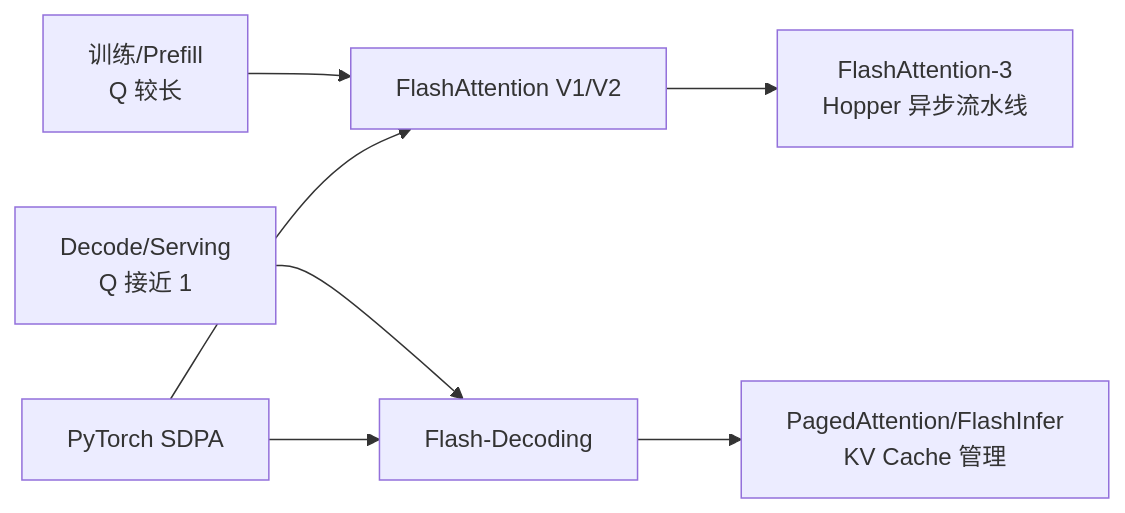
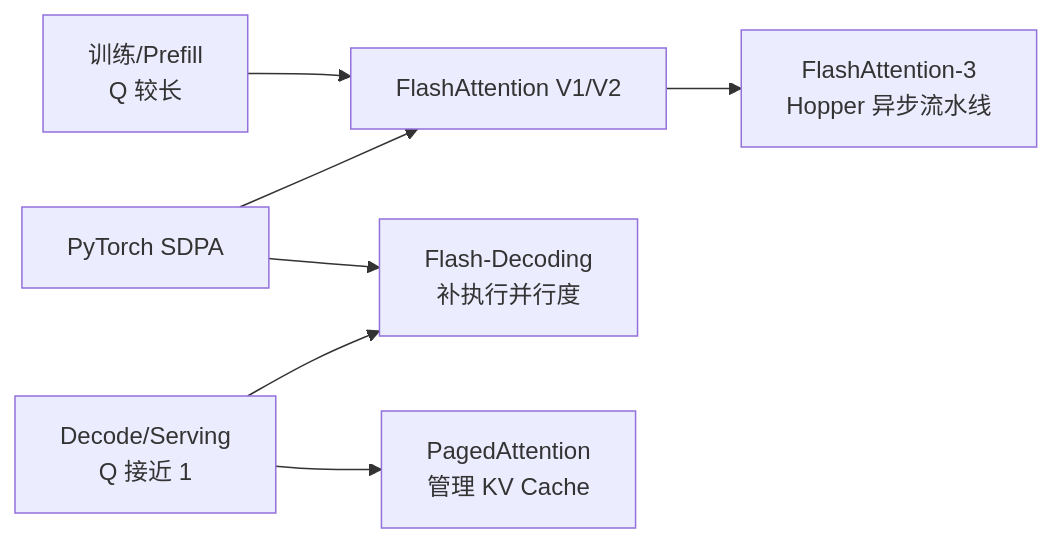
The diagram in docs/guides/模块二-CUDA编程与算子优化/第6章-Attention算子.md (lumole/AIInfraGuide), drawn with Mermaid before and after one commit. The commit also changed other lines of this file and 33 other files, not shown here.

````diff
--- a/docs/guides/模块二-CUDA编程与算子优化/第6章-Attention算子.md
+++ b/docs/guides/模块二-CUDA编程与算子优化/第6章-Attention算子.md
@@ -26,9 +37,9 @@
 ```mermaid
 flowchart LR
-    A[训练/Prefill<br/>Q 较长] --> B[FlashAttention V1/V2]
-    B --> C[FlashAttention-3<br/>Hopper 异步流水线]
-    D[Decode/Serving<br/>Q 接近 1] --> E[Flash-Decoding]
-    E --> F[PagedAttention/FlashInfer<br/>KV Cache 管理]
-    G[PyTorch SDPA] --> B
+    A["训练/Prefill<br/>Q 较长"] --> B["FlashAttention V1/V2"]
+    B --> C["FlashAttention-3<br/>Hopper 异步流水线"]
+    D["Decode/Serving<br/>Q 接近 1"] --> E["Flash-Decoding<br/>补执行并行度"]
+    D --> F["PagedAttention<br/>管理 KV Cache"]
+    G["PyTorch SDPA"] --> B
     G --> E
 ```
````
